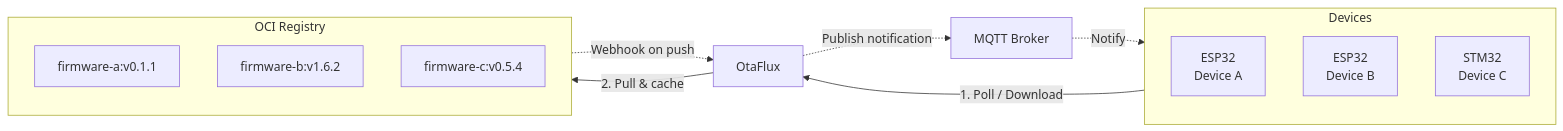
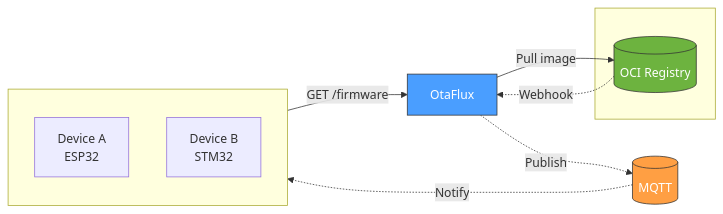
Before and after one commit to etiennetremel/otaflux: the diagram in README.md, drawn with Mermaid. The commit also changed other lines of this file, not shown here.

````diff
--- a/README.md
+++ b/README.md
@@ -16,23 +16,21 @@
 ```mermaid
 flowchart LR
-    subgraph Devices
-        DeviceA[ESP32<br>Device A]
-        DeviceB[ESP32<br>Device B]
-        DeviceC[STM32<br>Device C]
+    subgraph devices [" "]
+        A[Device A<br/>ESP32]
+        B[Device B<br/>STM32]
     end
-
-    OtaFlux[OtaFlux]
-    MQTT[MQTT Broker]
-
-    subgraph Registry["OCI Registry"]
-        FirmwareA[firmware-a:v0.1.1]
-        FirmwareB[firmware-b:v1.6.2]
-        FirmwareC[firmware-c:v0.5.4]
+    O[OtaFlux]
+    M[(MQTT)]
+    
+    subgraph registry [" "]
+        R[(OCI Registry)]
     end
-
-    Devices -- "1. Poll / Download" --> OtaFlux
-    OtaFlux -- "2. Pull & cache" --> Registry
-    Registry -. "Webhook on push" .-> OtaFlux
-    OtaFlux -. "Publish notification" .-> MQTT
-    MQTT -. "Notify" .-> Devices
+    devices -- "GET /firmware" --> O
+    O -- "Pull image" --> R
+    R -. "Webhook" .-> O
+    O -. "Publish" .-> M
+    M -. "Notify" .-> devices
+    style O fill:#4a9eff,stroke:#333,color:#fff
+    style R fill:#6db33f,stroke:#333,color:#fff
+    style M fill:#ff9f43,stroke:#333,color:#fff
 ```
````
